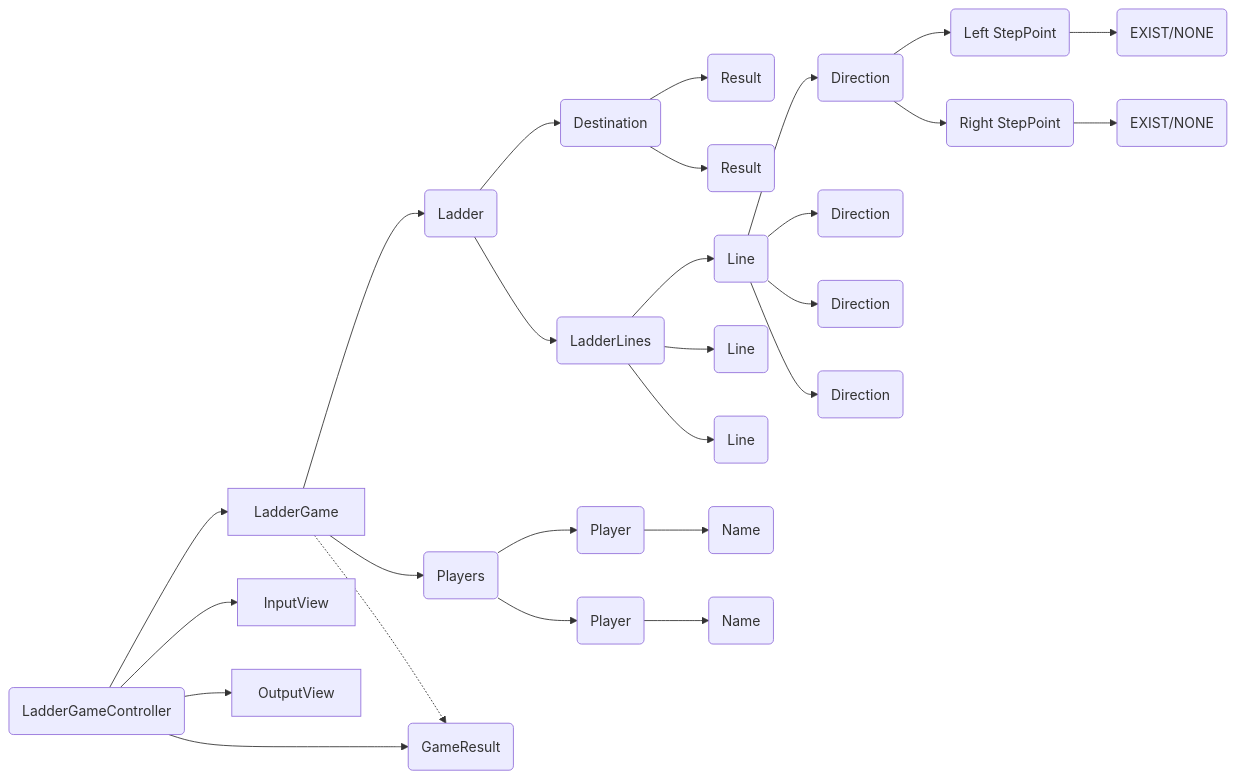
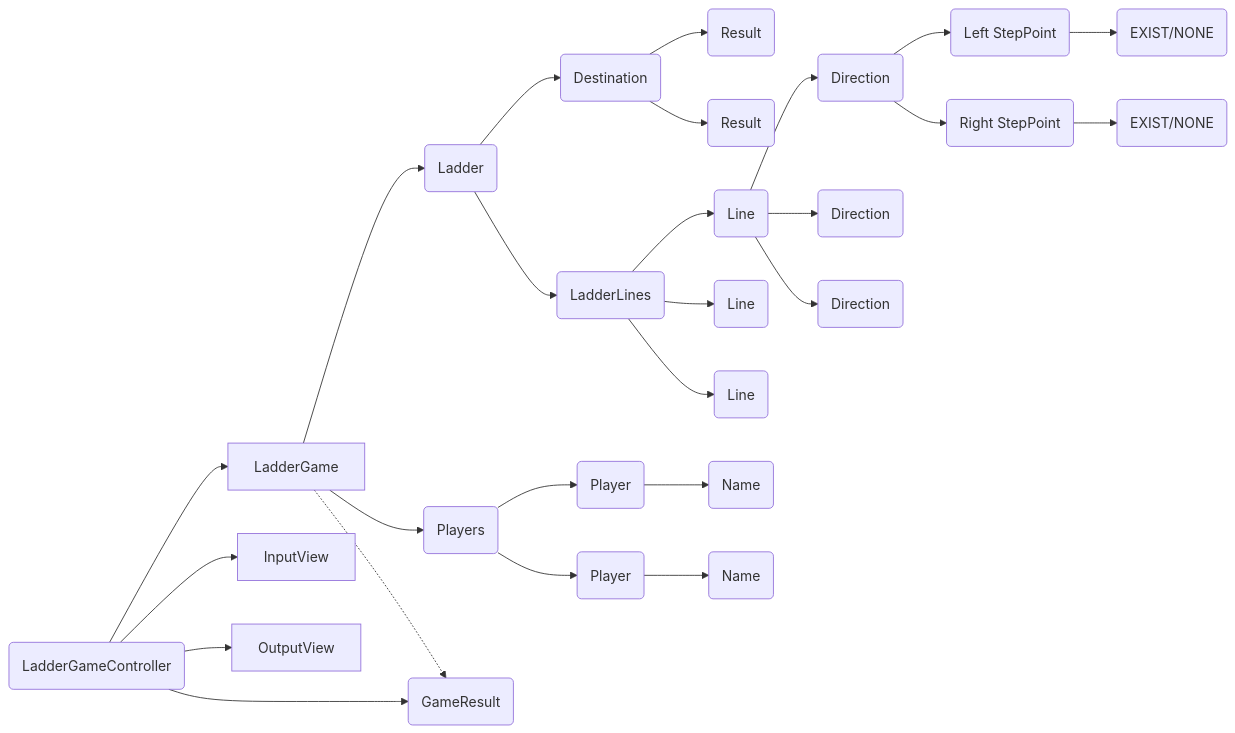
Before and after one commit to woowacourse/java-ladder: the second of 2 diagrams in README.md, drawn with Mermaid. The commit also changed other lines of this file and 3 other files, not shown here.

````diff
--- a/README.md
+++ b/README.md
@@ -133,37 +132,36 @@
 ```mermaid
     graph LR;
   
   la(Ladder) --> ls(LadderLines)
   la --> de(Destination);
   
   de --> rs1(Result);
   de --> rs2(Result);
   
   ls --> li1(Line);
   ls --> li2(Line);
   ls --> li3(Line);
   
   li1 --> d1(Direction)
   li1 --> d2(Direction)
   li1 --> d3(Direction)
-  li1 --> d4(Direction)
   
   d1 --> s1(Left StepPoint)
   d1 --> s2(Right StepPoint)
   
   s1 --> b1(EXIST/NONE);  
   s2 --> b2(EXIST/NONE);
 
     ps(Players) --> p1(Player) --> n1(Name);
     ps(Players) --> p2(Player)--> n2(Name);
     
     LadderGame --> la;
     LadderGame --> ps;
     LadderGame -.-> gr(GameResult);
     
     gc(LadderGameController) --> LadderGame
     gc --> InputView;
     gc --> OutputView;
     gc --> gr;
 
 ```
````
